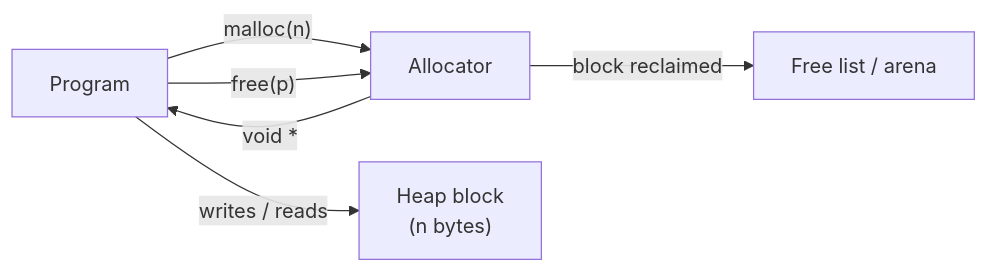
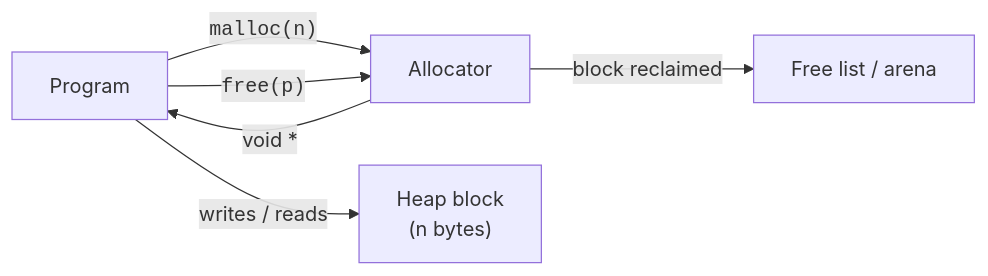
One commit to dataslope/dataslope changed the diagram in content/learn/systems-programming-c/heap-and-dynamic-allocation.mdx. Above: the diagram before and after it, drawn with Mermaid. The commit also changed 46 other files, not shown here.

First line of the commit message:
Wrap code in mermaid edge labels + entity/table names in DB diagrams

````diff
--- a/content/learn/systems-programming-c/heap-and-dynamic-allocation.mdx
+++ b/content/learn/systems-programming-c/heap-and-dynamic-allocation.mdx
@@ -26,8 +26,8 @@
 ```mermaid
 flowchart LR
-    A[Program] -->|"malloc(n)"| B[Allocator]
+    A[Program] -->|"<code>malloc(n)</code>"| B[Allocator]
     B -->|"void *"| A
     A -->|"writes / reads"| C["Heap block<br/>(n bytes)"]
-    A -->|"free(p)"| B
+    A -->|"<code>free(p)</code>"| B
     B -->|"block reclaimed"| D[Free list / arena]
 ```
````
